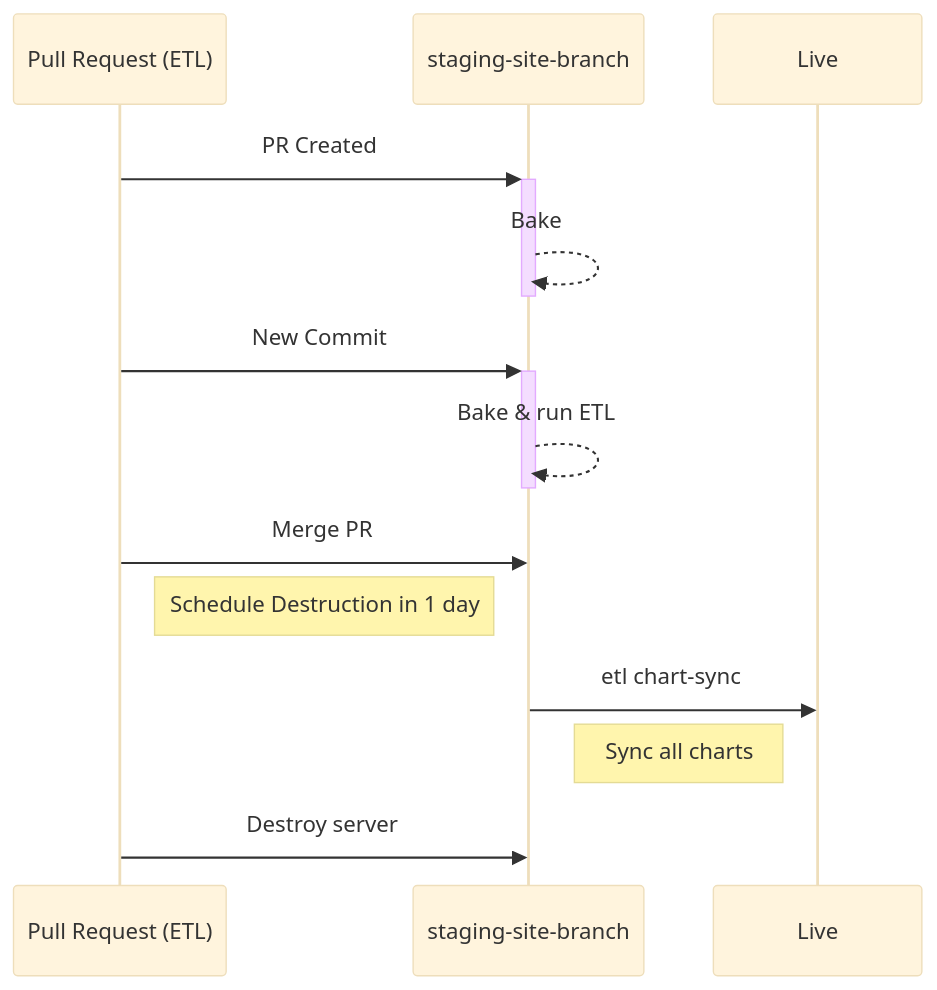
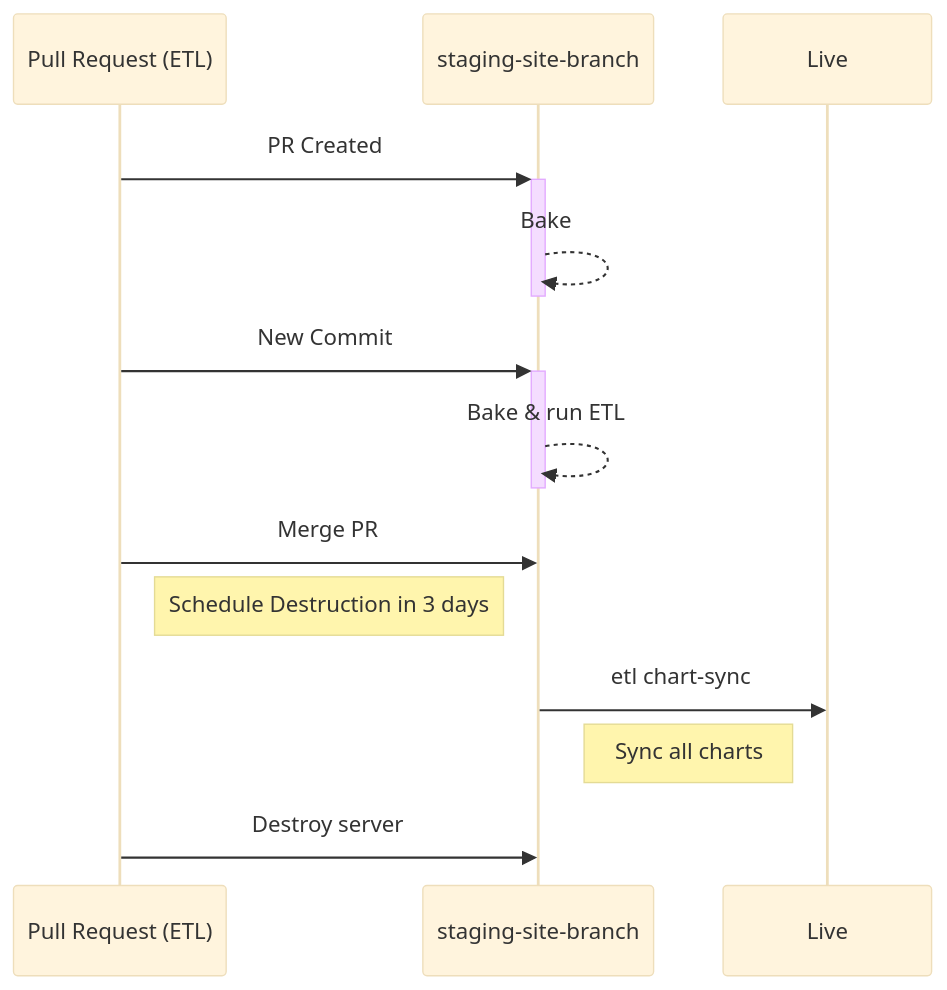
Before and after one commit to owid/etl: the first of 2 diagrams in docs/guides/staging-servers.md, drawn with Mermaid (base theme). The commit also changed other lines of this file and 1 other file, not shown here.

Commit message:
:construction: demo staging sync

````diff
--- a/docs/guides/staging-servers.md
+++ b/docs/guides/staging-servers.md
@@ -18,16 +18,16 @@
 ```mermaid
 sequenceDiagram
     participant PR as Pull Request (ETL)
     participant SSB as staging-site-branch
     participant live as Live
 
     PR ->>+ SSB: PR Created
     SSB -->>- SSB: Bake
     PR ->>+ SSB: New Commit
     SSB -->>- SSB: Bake & run ETL
     PR ->> SSB: Merge PR
-    Note right of PR: Schedule Destruction in 1 day
+    Note right of PR: Schedule Destruction in 3 days
     SSB ->> live: etl chart-sync
     Note left of live: Sync all charts
     PR ->> SSB: Destroy server
 ```
````
